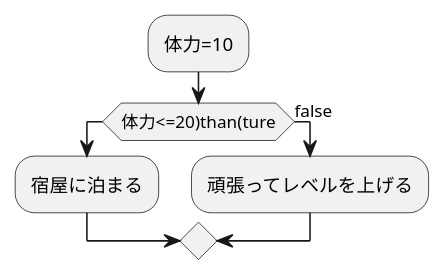
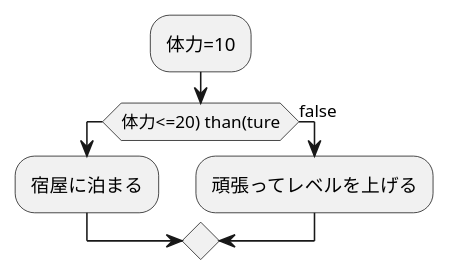
Before and after one commit to Aso2001025/2021-sys-design: the diagram in kadai1.md, drawn with PlantUML.

````diff
--- a/kadai1.md
+++ b/kadai1.md
@@ -1,10 +1,10 @@
 ```uml
   @startuml
   :体力=10;
-  if(体力<=20)than(ture)
+  if(体力<=20) than(ture)
   :宿屋に泊まる;
   else(false)
   :頑張ってレベルを上げる;
   endif
   @enduml
 ```
````
